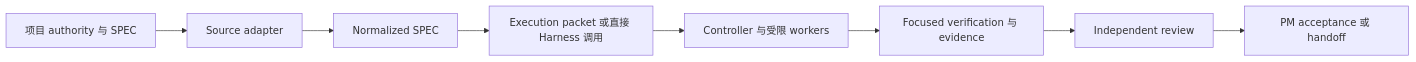
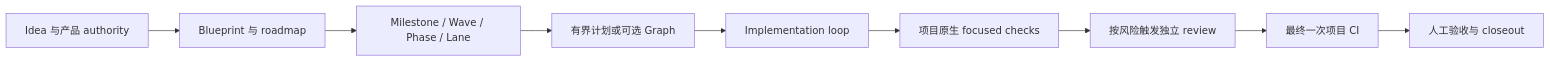
One commit to JoeKeepGo/SAGE-Kit changed the diagram in README.zh-CN.md. Above: the diagram before and after it, drawn with Mermaid. The commit also changed other lines of this file and 304 other files, not shown here.

````diff
--- a/README.zh-CN.md
+++ b/README.zh-CN.md
@@ -31,10 +17,11 @@
 ```mermaid
 flowchart LR
-  A["项目 authority 与 SPEC"] --> B["Source adapter"]
-  B --> C["Normalized SPEC"]
-  C --> D["Execution packet 或直接 Harness 调用"]
-  D --> E["Controller 与受限 workers"]
-  E --> F["Focused verification 与 evidence"]
-  F --> G["Independent review"]
-  G --> H["PM acceptance 或 handoff"]
+  A["Idea 与产品 authority"] --> B["Blueprint 与 roadmap"]
+  B --> C["Milestone / Wave / Phase / Lane"]
+  C --> D["有界计划或可选 Graph"]
+  D --> E["Implementation loop"]
+  E --> F["项目原生 focused checks"]
+  F --> G["按风险触发独立 review"]
+  G --> H["最终一次项目 CI"]
+  H --> I["人工验收与 closeout"]
 ```
````
